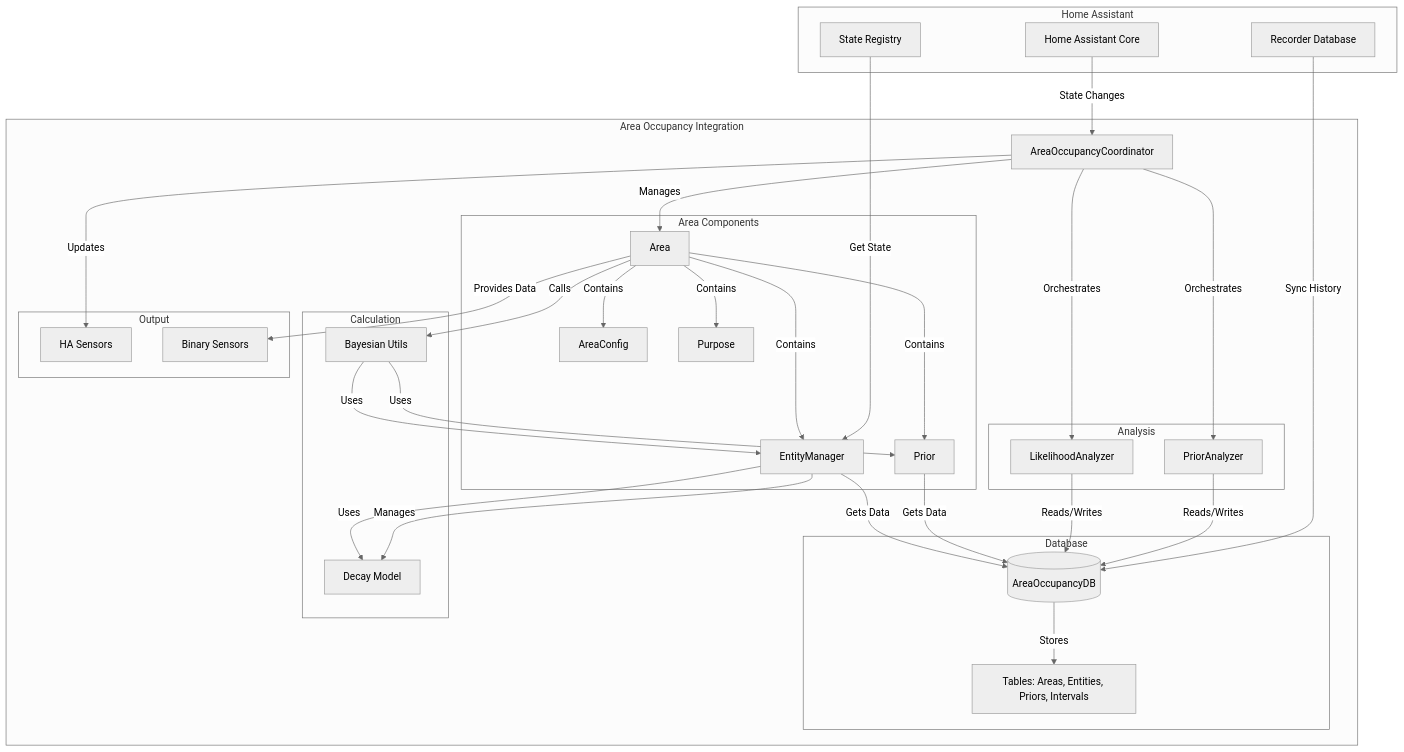
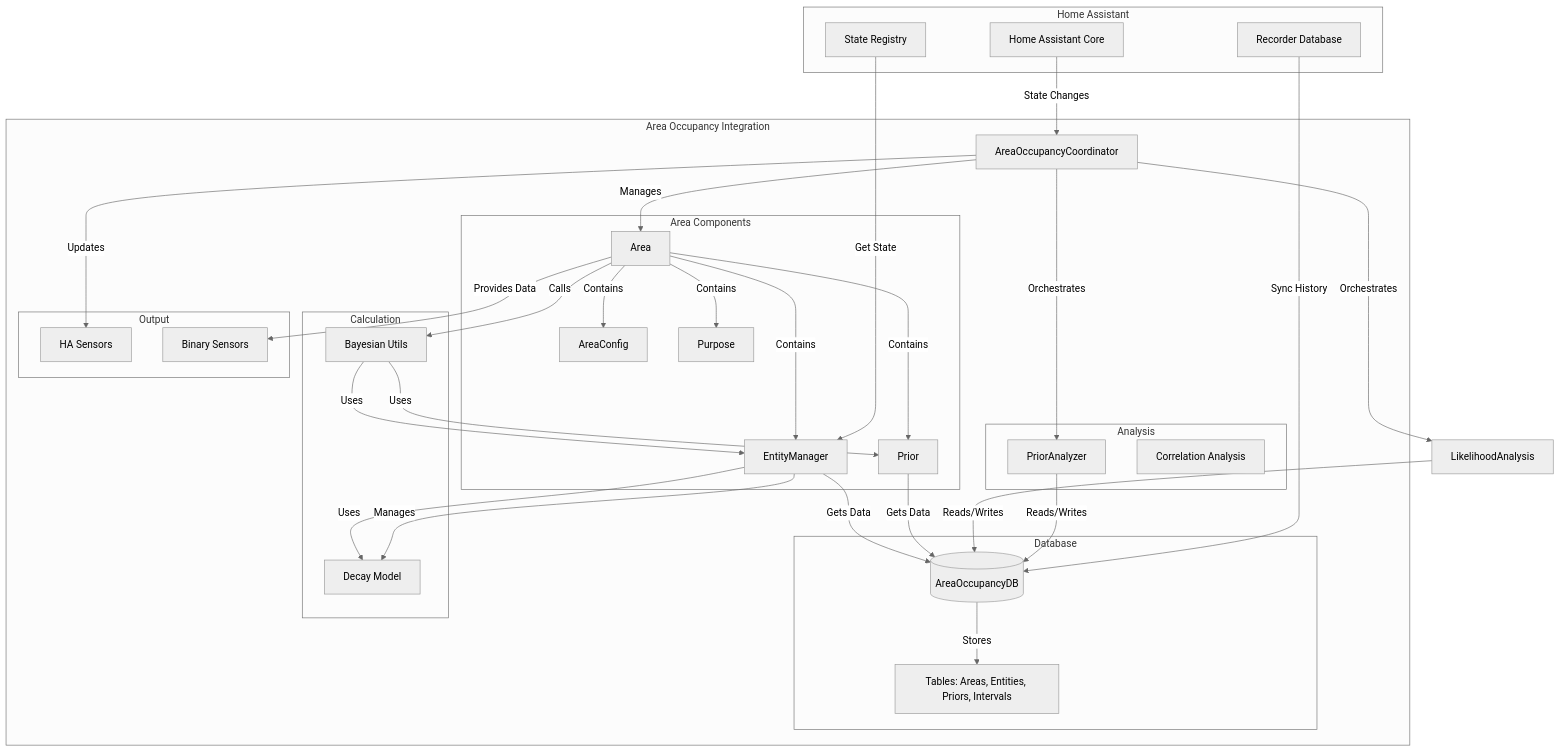
One commit to Hankanman/Area-Occupancy-Detection changed the fifth of 7 diagrams in docs/docs/technical/data-flow.md. Above: the diagram before and after it, drawn with Mermaid (neutral theme). The commit also changed other lines of this file and 21 other files, not shown here.

First line of the commit message:
Refactor area occupancy analysis to enhance sensor correlation and likelihood calculations

````diff
--- a/docs/docs/technical/data-flow.md
+++ b/docs/docs/technical/data-flow.md
@@ -180,69 +180,69 @@
 ```mermaid
 graph TB
     subgraph "Home Assistant"
         HA[Home Assistant Core]
         States[State Registry]
         Recorder[Recorder Database]
     end
 
     subgraph "Area Occupancy Integration"
         Coord[AreaOccupancyCoordinator]
 
         subgraph "Area Components"
             Area[Area]
             Config[AreaConfig]
             Prior[Prior]
             Entities[EntityManager]
             Purpose[Purpose]
         end
 
         subgraph "Analysis"
             PriorAnalysis[PriorAnalyzer]
-            LikelihoodAnalysis[LikelihoodAnalyzer]
+            CorrelationAnalysis[Correlation Analysis]
         end
 
         subgraph "Database"
             DB[(AreaOccupancyDB)]
             Tables[Tables: Areas, Entities, Priors, Intervals]
         end
 
         subgraph "Calculation"
             Utils[Bayesian Utils]
             Decay[Decay Model]
         end
 
         subgraph "Output"
             Sensors[HA Sensors]
             Binary[Binary Sensors]
         end
     end
 
     HA -->|State Changes| Coord
     States -->|Get State| Entities
     Recorder -->|Sync History| DB
 
     Coord -->|Manages| Area
     Area -->|Contains| Config
     Area -->|Contains| Prior
     Area -->|Contains| Entities
     Area -->|Contains| Purpose
 
     Coord -->|Orchestrates| PriorAnalysis
     Coord -->|Orchestrates| LikelihoodAnalysis
     PriorAnalysis -->|Reads/Writes| DB
     LikelihoodAnalysis -->|Reads/Writes| DB
 
     Prior -->|Gets Data| DB
     Entities -->|Gets Data| DB
     Entities -->|Manages| Decay
 
     Area -->|Calls| Utils
     Utils -->|Uses| Prior
     Utils -->|Uses| Entities
     Entities -->|Uses| Decay
 
     Coord -->|Updates| Sensors
     Area -->|Provides Data| Binary
 
     DB -->|Stores| Tables
 ```
````
